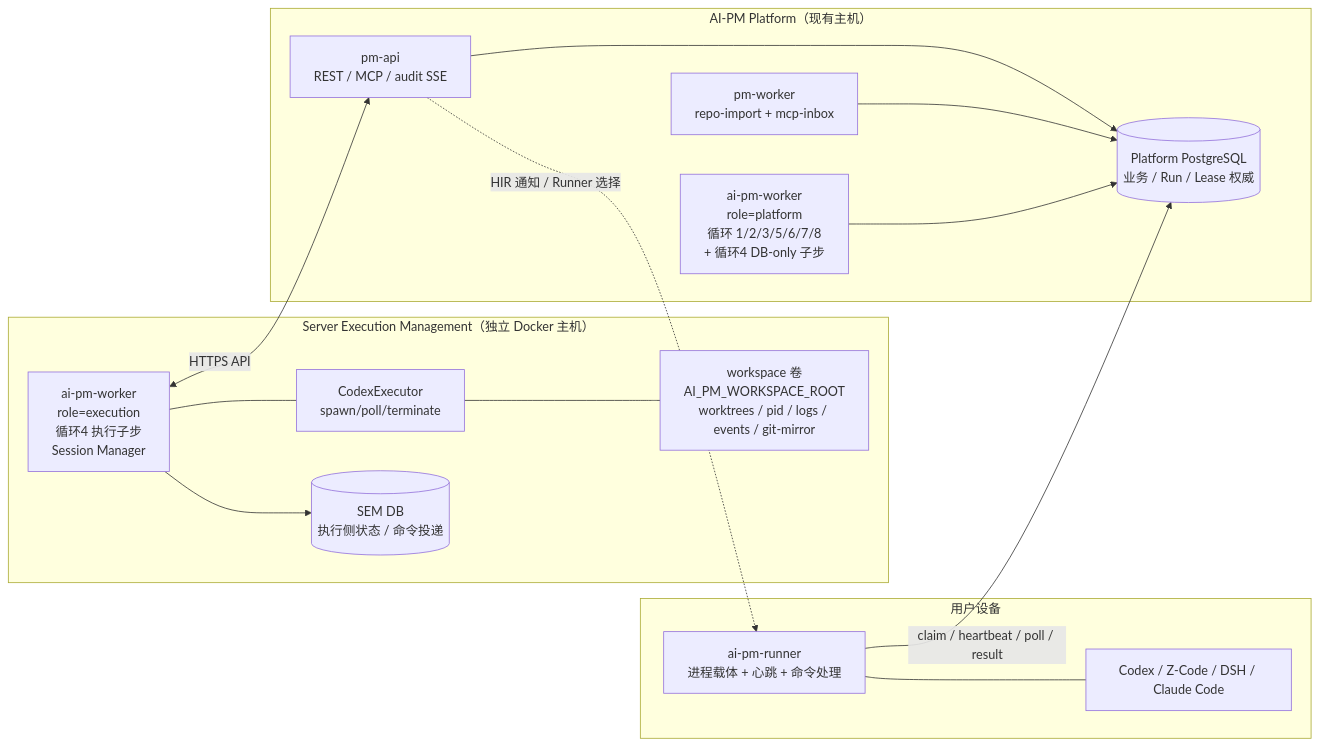
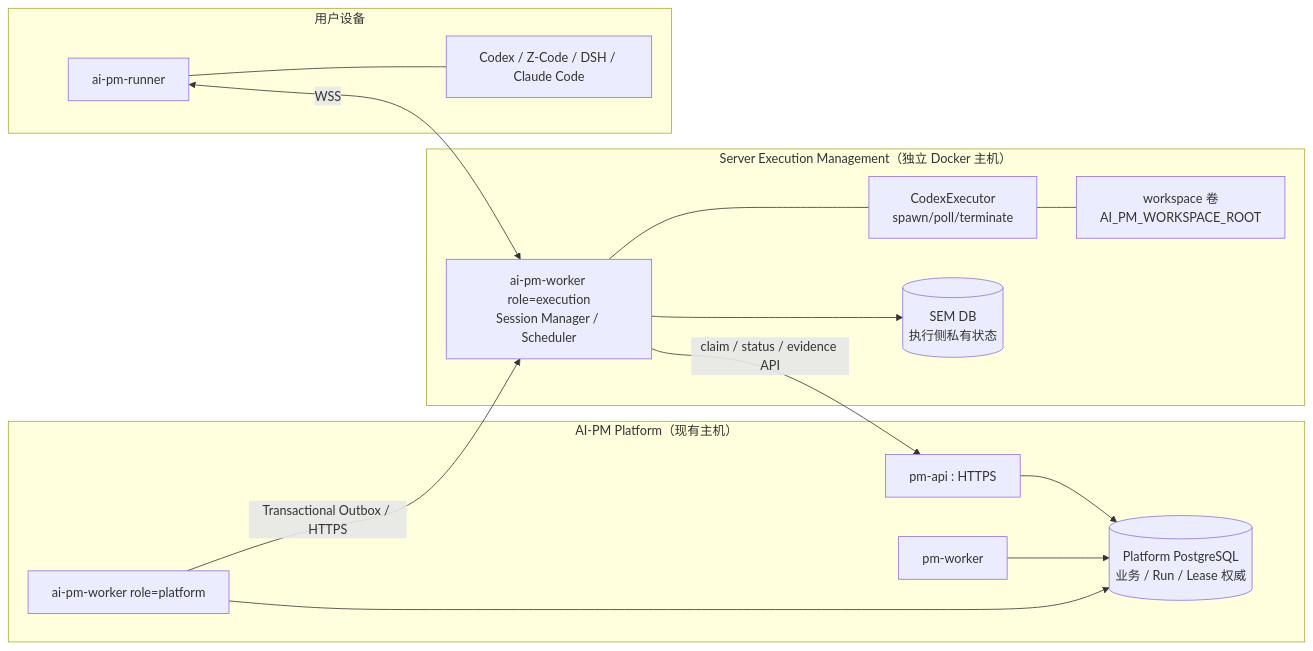
Before and after one commit to luqizheng/ai-pm: the diagram in docs/architecture/server-execution-management/README.md, drawn with Mermaid. The commit also changed other lines of this file, not shown here.

Commit message:
docs(sem): correct service API architecture wording and diagrams

````diff
--- a/docs/architecture/server-execution-management/README.md
+++ b/docs/architecture/server-execution-management/README.md
@@ -23,28 +22,28 @@
 ```mermaid
 flowchart LR
     subgraph Platform["AI-PM Platform（现有主机）"]
-        API[pm-api<br/>REST / MCP / audit SSE]
-        PW[pm-worker<br/>repo-import + mcp-inbox]
-        W[ai-pm-worker<br/>role=platform<br/>循环 1/2/3/5/6/7/8<br/>+ 循环4 DB-only 子步]
+        API[pm-api : HTTPS]
+        PW[pm-worker]
+        W[ai-pm-worker role=platform]
         PG[(Platform PostgreSQL<br/>业务 / Run / Lease 权威)]
     end
     subgraph SEM["Server Execution Management（独立 Docker 主机）"]
-        EW[ai-pm-worker<br/>role=execution<br/>循环4 执行子步<br/>Session Manager]
+        EW[ai-pm-worker role=execution<br/>Session Manager / Scheduler]
+        SDB[(SEM DB<br/>执行侧私有状态)]
         EX[CodexExecutor<br/>spawn/poll/terminate]
-        SDB[(SEM DB<br/>执行侧状态 / 命令投递)]
-        WS[workspace 卷<br/>AI_PM_WORKSPACE_ROOT<br/>worktrees / pid / logs / events / git-mirror]
+        WS[workspace 卷<br/>AI_PM_WORKSPACE_ROOT]
     end
     subgraph Client["用户设备"]
-        R[ai-pm-runner<br/>进程载体 + 心跳 + 命令处理]
-        H1[Codex / Z-Code / DSH / Claude Code]
+        R[ai-pm-runner]
+        H[Codex / Z-Code / DSH / Claude Code]
     end
     API --> PG
     PW --> PG
     W --> PG
-    EW <-->|HTTPS API| API
+    W -->|Transactional Outbox / HTTPS| EW
+    EW -->|claim / status / evidence API| API
     EW --> SDB
     EW --- EX --- WS
-    R --- H1
-    R -->|claim / heartbeat / poll / result| PG
-    API -.->|HIR 通知 / Runner 选择| R
+    R <-->|WSS| EW
+    R --- H
 ```
````
